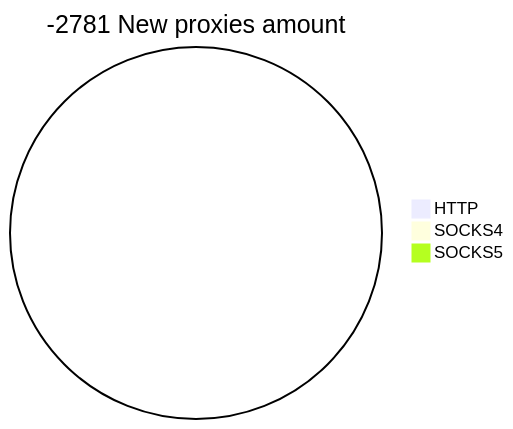
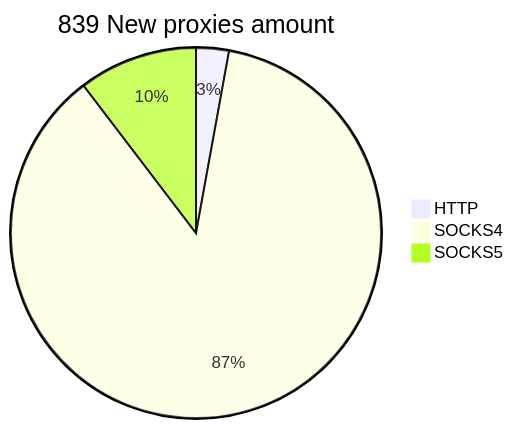
Before and after one commit to cutipu/proxylist: the second of 2 diagrams in README.md, drawn with Mermaid. The commit also changed other lines of this file, not shown here.

````diff
--- a/README.md
+++ b/README.md
@@ -10,6 +10,6 @@
 ```mermaid
-pie title -2781 New proxies amount
-    "HTTP" : 0
-    "SOCKS4" : 0
-    "SOCKS5" : 0
+pie title 839 New proxies amount
+    "HTTP" : 24
+    "SOCKS4" : 728
+    "SOCKS5" : 87
 ```
````
